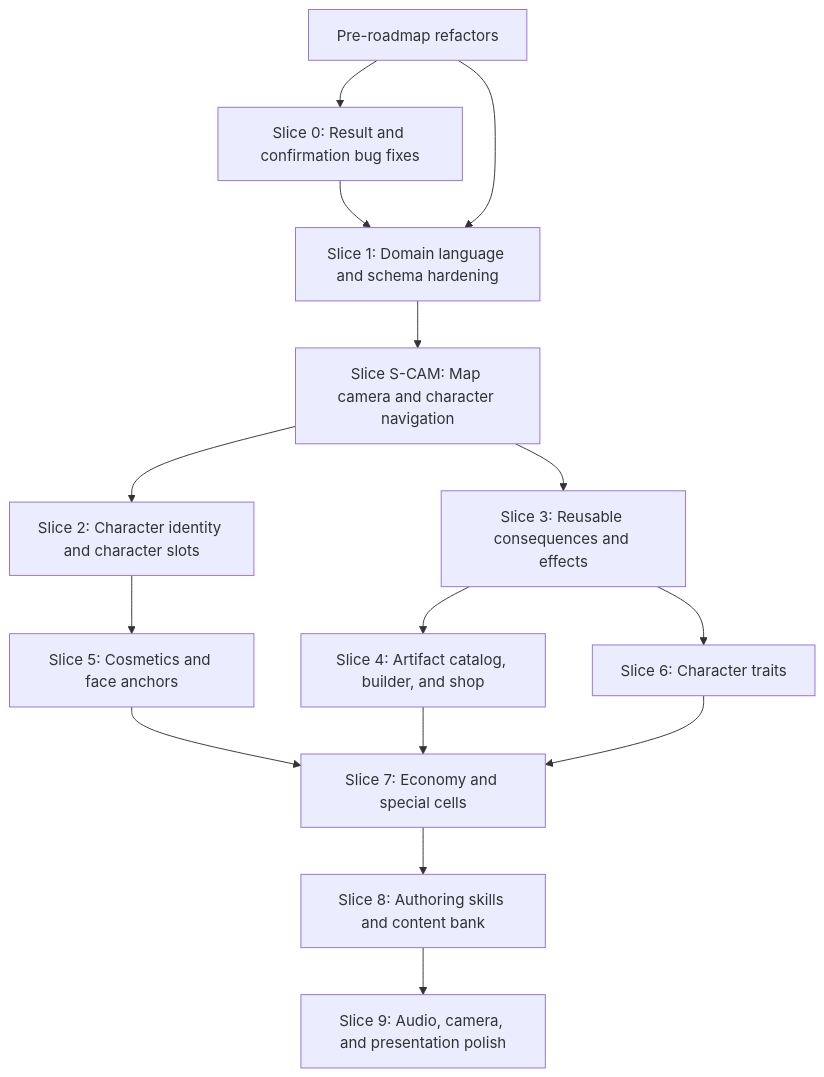
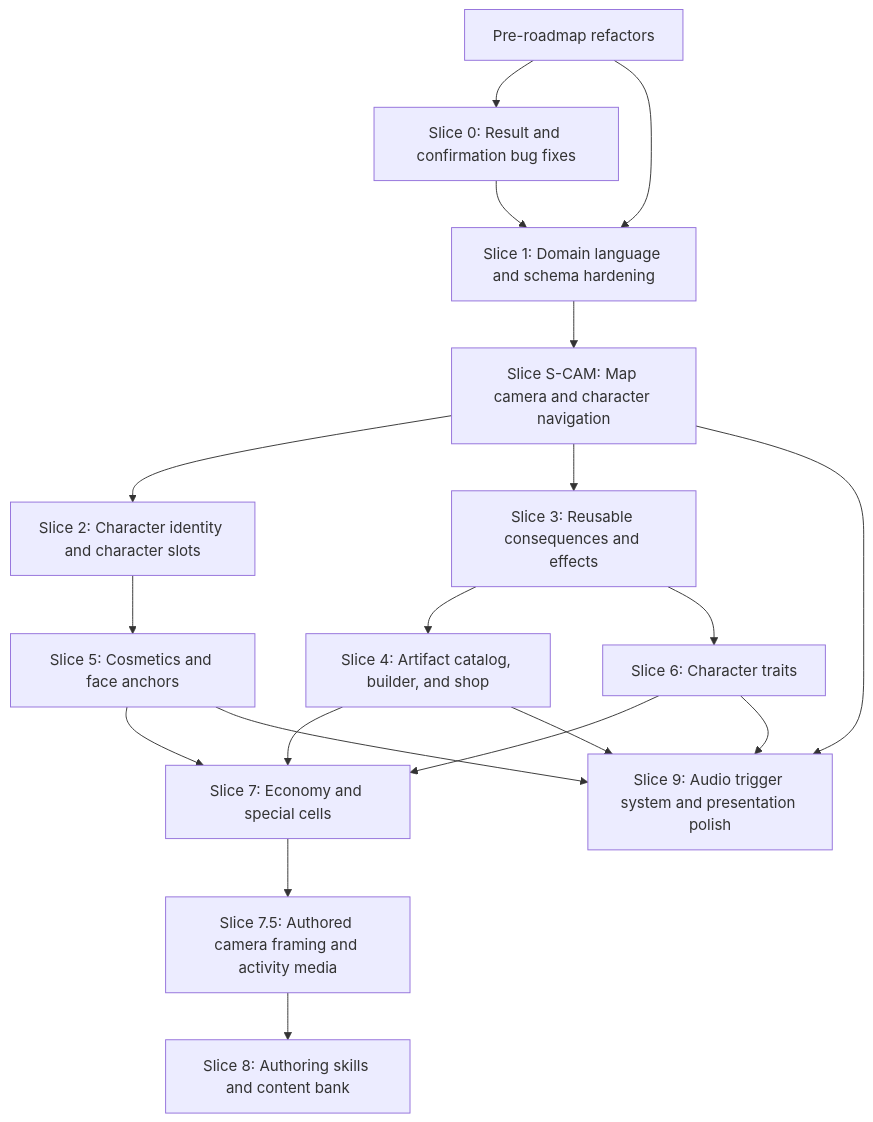
The diagram in ROADMAP.md (javspad/Essence), drawn with Mermaid before and after one commit. The commit also changed other lines of this file and 21 other files, not shown here.

Commit message:
Refine Essence artifact builder and shop flows

````diff
--- a/ROADMAP.md
+++ b/ROADMAP.md
@@ -144,17 +145,21 @@
 ```mermaid
 flowchart TD
   R["Pre-roadmap refactors"] --> A["Slice 0: Result and confirmation bug fixes"]
   R --> B["Slice 1: Domain language and schema hardening"]
   A --> B
   B --> CAM["Slice S-CAM: Map camera and character navigation"]
   CAM --> C["Slice 2: Character identity and character slots"]
   CAM --> D["Slice 3: Reusable consequences and effects"]
   D --> E["Slice 4: Artifact catalog, builder, and shop"]
   C --> F["Slice 5: Cosmetics and face anchors"]
   D --> G["Slice 6: Character traits"]
   E --> H["Slice 7: Economy and special cells"]
   F --> H
   G --> H
-  H --> I["Slice 8: Authoring skills and content bank"]
-  I --> J["Slice 9: Audio, camera, and presentation polish"]
+  H --> HM["Slice 7.5: Authored camera framing and activity media"]
+  HM --> I["Slice 8: Authoring skills and content bank"]
+  CAM --> J["Slice 9: Audio trigger system and presentation polish"]
+  E --> J
+  F --> J
+  G --> J
 ```
````
